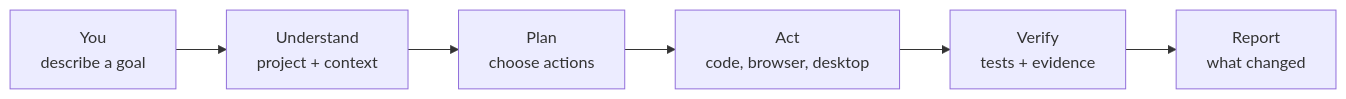
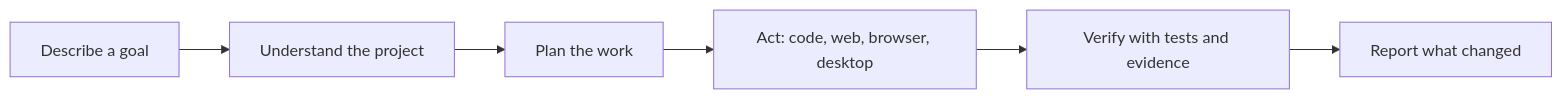
Before and after one commit to dragonked2/alphacode: the first of 3 diagrams in README.md, drawn with Mermaid. The commit also changed other lines of this file, not shown here.

````diff
--- a/README.md
+++ b/README.md
@@ -57,8 +63,8 @@
 ```mermaid
 flowchart LR
-    A["You<br/>describe a goal"] --> B["Understand<br/>project + context"]
-    B --> C["Plan<br/>choose actions"]
-    C --> D["Act<br/>code, browser, desktop"]
-    D --> E["Verify<br/>tests + evidence"]
-    E --> F["Report<br/>what changed"]
+    A["Describe a goal"] --> B["Understand the project"]
+    B --> C["Plan the work"]
+    C --> D["Act: code, web, browser, desktop"]
+    D --> E["Verify with tests and evidence"]
+    E --> F["Report what changed"]
 ```
````
